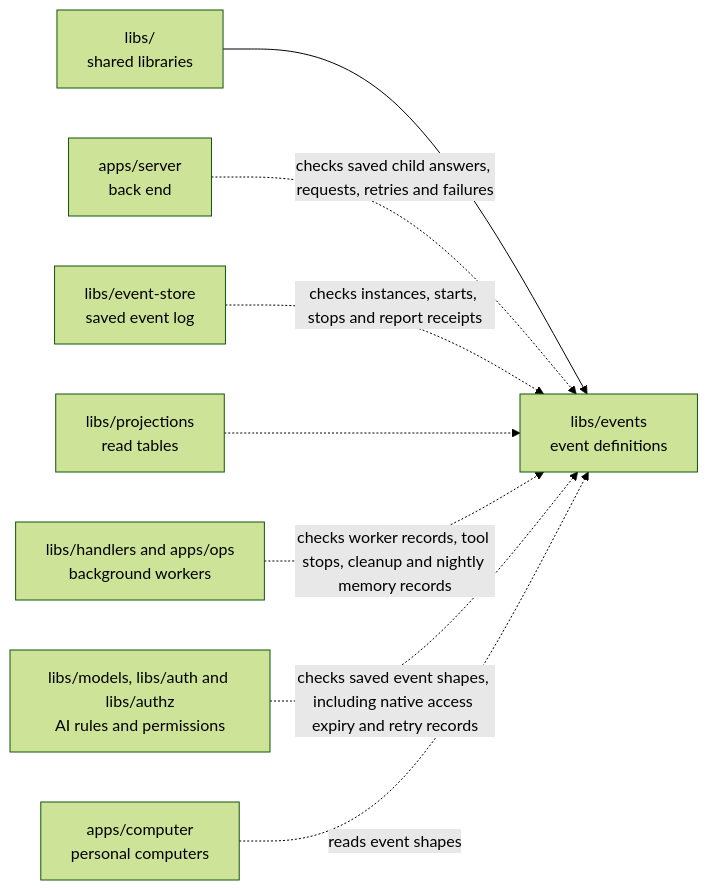
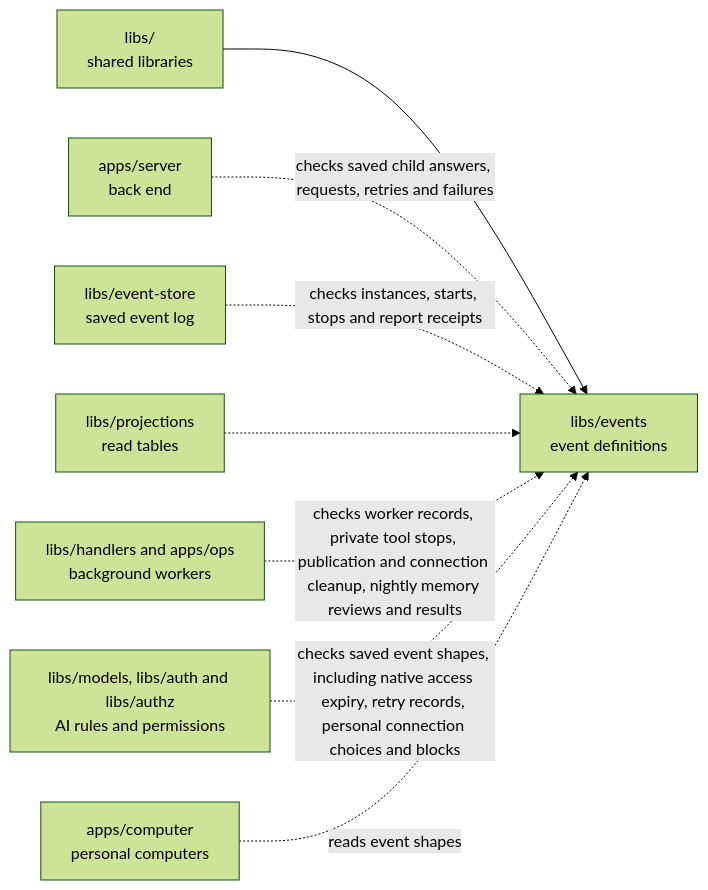
The diagram in libs/events/README.md (elewa-git/opencrane-new), drawn with Mermaid (forest theme) before and after one commit. The commit also changed other lines of this file and 11 other files, not shown here.

````diff
--- a/libs/events/README.md
+++ b/libs/events/README.md
@@ -17,10 +17,10 @@
 ```mermaid
 flowchart LR
   parent["libs/<br/>shared libraries"] --> events["libs/events<br/>event definitions"]
   server["apps/server<br/>back end"] -.->|checks saved child answers, requests, retries and failures| events
   store["libs/event-store<br/>saved event log"] -.->|checks instances, starts, stops and report receipts| events
   projections["libs/projections<br/>read tables"] -.-> events
-  workers["libs/handlers and apps/ops<br/>background workers"] -.->|checks worker records, tool stops, cleanup and nightly memory records| events
-  models["libs/models, libs/auth and libs/authz<br/>AI rules and permissions"] -.->|checks saved event shapes, including native access expiry and retry records| events
+  workers["libs/handlers and apps/ops<br/>background workers"] -.->|checks worker records, private tool stops, publication and connection cleanup, nightly memory reviews and results| events
+  models["libs/models, libs/auth and libs/authz<br/>AI rules and permissions"] -.->|checks saved event shapes, including native access expiry, retry records, personal connection choices and blocks| events
   computer["apps/computer<br/>personal computers"] -.->|reads event shapes| events
 ```
````
